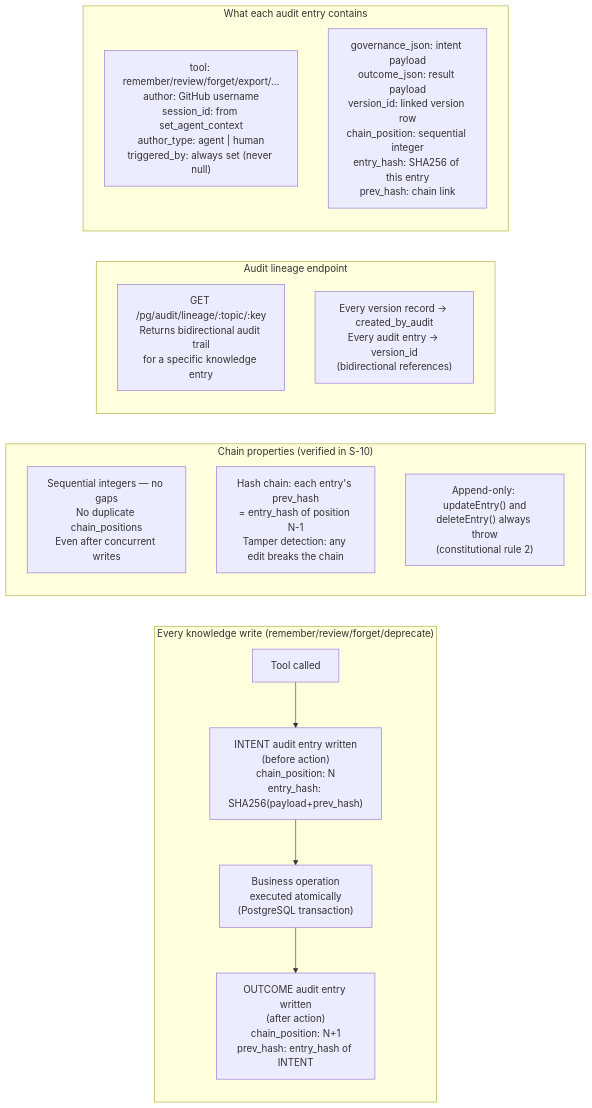
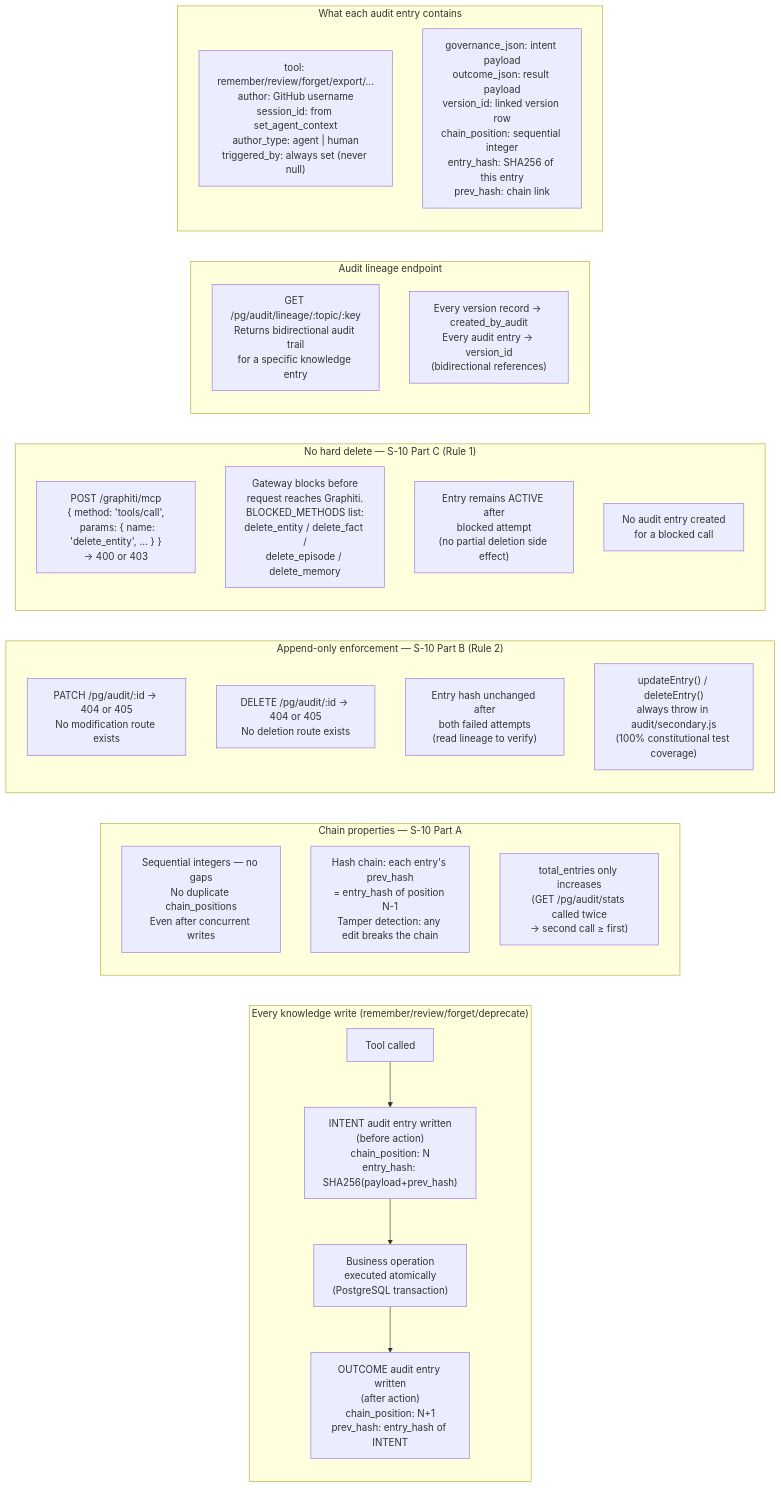
Before and after one commit to ayansasmal/quorum: the ninth of 11 diagrams in docs/e2e/PRODUCT-DIAGRAMS.md, drawn with Mermaid. The commit also changed other lines of this file and 1 other file, not shown here.

````diff
--- a/docs/e2e/PRODUCT-DIAGRAMS.md
+++ b/docs/e2e/PRODUCT-DIAGRAMS.md
@@ -399,27 +420,41 @@
 ```mermaid
 flowchart LR
     subgraph EVERY_WRITE["Every knowledge write (remember/review/forget/deprecate)"]
         W1["Tool called"]
         W2["INTENT audit entry written\n(before action)\nchain_position: N\nentry_hash: SHA256(payload+prev_hash)"]
         W3["Business operation\nexecuted atomically\n(PostgreSQL transaction)"]
         W4["OUTCOME audit entry written\n(after action)\nchain_position: N+1\nprev_hash: entry_hash of INTENT"]
     end
 
     W1 --> W2 --> W3 --> W4
 
-    subgraph CHAIN_PROPERTIES["Chain properties (verified in S-10)"]
+    subgraph CHAIN_PROPERTIES["Chain properties — S-10 Part A"]
         CP1["Sequential integers — no gaps\nNo duplicate chain_positions\nEven after concurrent writes"]
         CP2["Hash chain: each entry's prev_hash\n= entry_hash of position N-1\nTamper detection: any edit breaks the chain"]
-        CP3["Append-only: updateEntry() and\ndeleteEntry() always throw\n(constitutional rule 2)"]
+        CP3["total_entries only increases\n(GET /pg/audit/stats called twice\n→ second call ≥ first)"]
+    end
+
+    subgraph APPEND_ONLY["Append-only enforcement — S-10 Part B (Rule 2)"]
+        AO1["PATCH /pg/audit/:id → 404 or 405\nNo modification route exists"]
+        AO2["DELETE /pg/audit/:id → 404 or 405\nNo deletion route exists"]
+        AO3["Entry hash unchanged after\nboth failed attempts\n(read lineage to verify)"]
+        AO4["updateEntry() / deleteEntry()\nalways throw in audit/secondary.js\n(100% constitutional test coverage)"]
+    end
+
+    subgraph BLOCKED_METHODS["No hard delete — S-10 Part C (Rule 1)"]
+        BM1["POST /graphiti/mcp\n{ method: 'tools/call',\n  params: { name: 'delete_entity', ... } }\n→ 400 or 403"]
+        BM2["Gateway blocks before\nrequest reaches Graphiti.\nBLOCKED_METHODS list:\ndelete_entity / delete_fact /\ndelete_episode / delete_memory"]
+        BM3["Entry remains ACTIVE after\nblocked attempt\n(no partial deletion side effect)"]
+        BM4["No audit entry created\nfor a blocked call"]
     end
 
     subgraph LINEAGE_API["Audit lineage endpoint"]
         LA1["GET /pg/audit/lineage/:topic/:key\nReturns bidirectional audit trail\nfor a specific knowledge entry"]
         LA2["Every version record → created_by_audit\nEvery audit entry → version_id\n(bidirectional references)"]
     end
 
     subgraph WHAT_IS_RECORDED["What each audit entry contains"]
         AE1["tool: remember/review/forget/export/...\nauthor: GitHub username\nsession_id: from set_agent_context\nauthor_type: agent | human\ntriggered_by: always set (never null)"]
         AE2["governance_json: intent payload\noutcome_json: result payload\nversion_id: linked version row\nchain_position: sequential integer\nentry_hash: SHA256 of this entry\nprev_hash: chain link"]
     end
 ```
````
